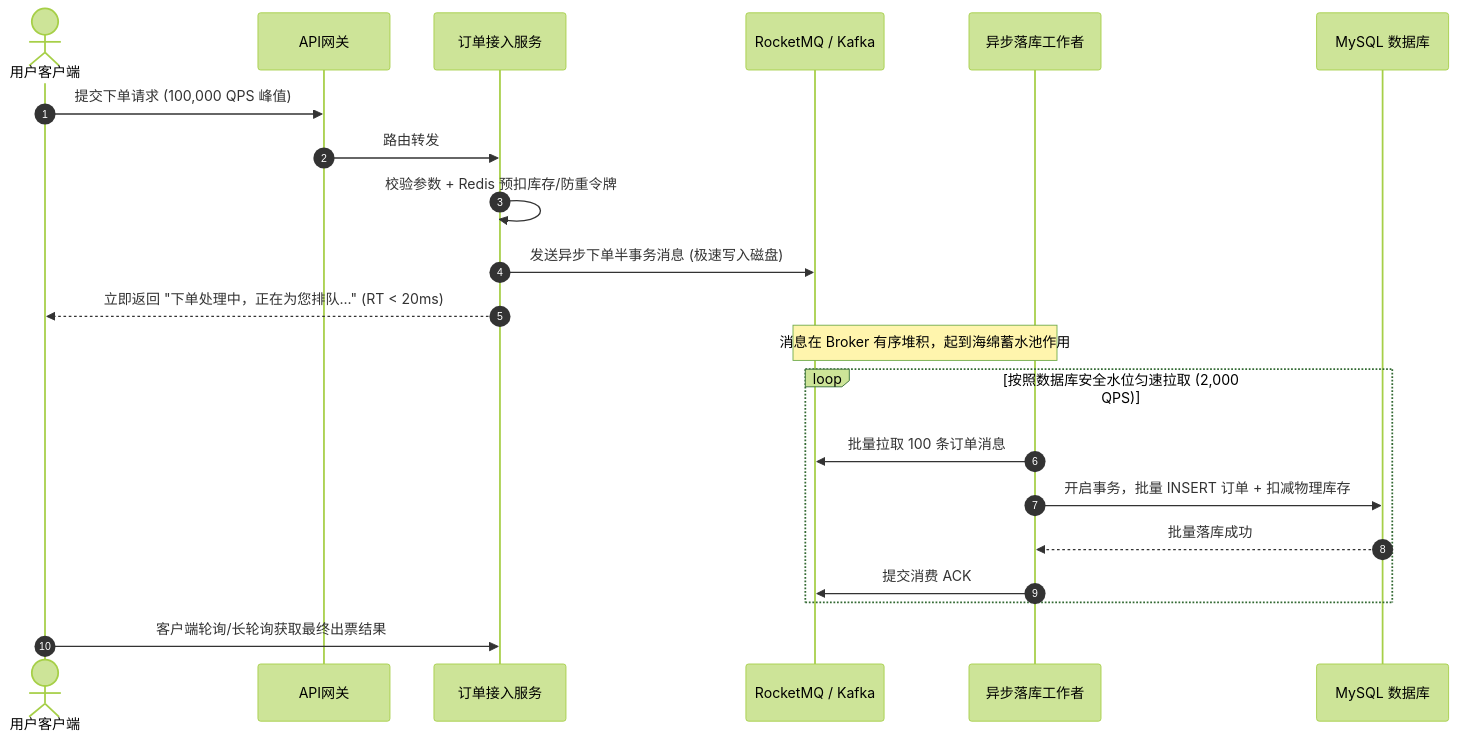
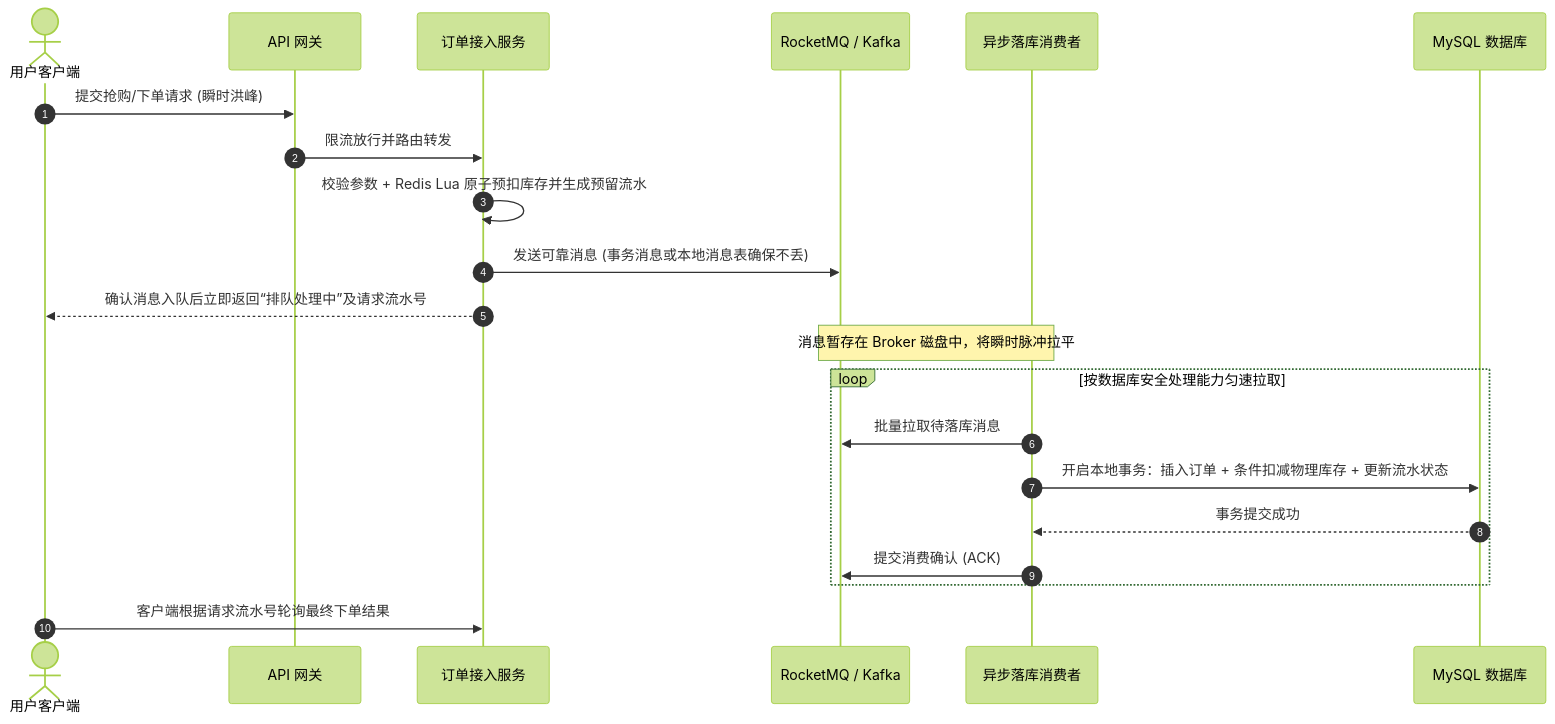
One commit to GuoWWWX/knowledge-base changed the third of 4 diagrams in 20-Java后端/08-系统设计/01-高并发架构设计.md. Above: the diagram before and after it, drawn with Mermaid (forest theme). The commit also changed other lines of this file and 251 other files, not shown here.

````diff
--- a/20-Java后端/08-系统设计/01-高并发架构设计.md
+++ b/20-Java后端/08-系统设计/01-高并发架构设计.md
@@ -213,25 +223,25 @@
 ```mermaid
 sequenceDiagram
     autonumber
     actor User as 用户客户端
-    participant GW as API网关
+    participant GW as API 网关
     participant OrderSvc as 订单接入服务
     participant MQ as RocketMQ / Kafka
-    participant DBWorker as 异步落库工作者
+    participant DBWorker as 异步落库消费者
     participant DB as MySQL 数据库
 
-    User->>GW: 提交下单请求 (100,000 QPS 峰值)
-    GW->>OrderSvc: 路由转发
-    OrderSvc->>OrderSvc: 校验参数 + Redis 预扣库存/防重令牌
-    OrderSvc->>MQ: 发送异步下单半事务消息 (极速写入磁盘)
-    OrderSvc-->>User: 立即返回 "下单处理中，正在为您排队..." (RT < 20ms)
+    User->>GW: 提交抢购/下单请求 (瞬时洪峰)
+    GW->>OrderSvc: 限流放行并路由转发
+    OrderSvc->>OrderSvc: 校验参数 + Redis Lua 原子预扣库存并生成预留流水
+    OrderSvc->>MQ: 发送可靠消息 (事务消息或本地消息表确保不丢)
+    OrderSvc-->>User: 确认消息入队后立即返回“排队处理中”及请求流水号
 
-    Note over MQ,DBWorker: 消息在 Broker 有序堆积，起到海绵蓄水池作用
-    loop 按照数据库安全水位匀速拉取 (2,000 QPS)
-        DBWorker->>MQ: 批量拉取 100 条订单消息
-        DBWorker->>DB: 开启事务，批量 INSERT 订单 + 扣减物理库存
-        DB-->>DBWorker: 批量落库成功
-        DBWorker->>MQ: 提交消费 ACK
+    Note over MQ,DBWorker: 消息暂存在 Broker 磁盘中，将瞬时脉冲拉平
+    loop 按数据库安全处理能力匀速拉取
+        DBWorker->>MQ: 批量拉取待落库消息
+        DBWorker->>DB: 开启本地事务：插入订单 + 条件扣减物理库存 + 更新流水状态
+        DB-->>DBWorker: 事务提交成功
+        DBWorker->>MQ: 提交消费确认 (ACK)
     end
-    User->>OrderSvc: 客户端轮询/长轮询获取最终出票结果
+    User->>OrderSvc: 客户端根据请求流水号轮询最终下单结果
 ```
````
